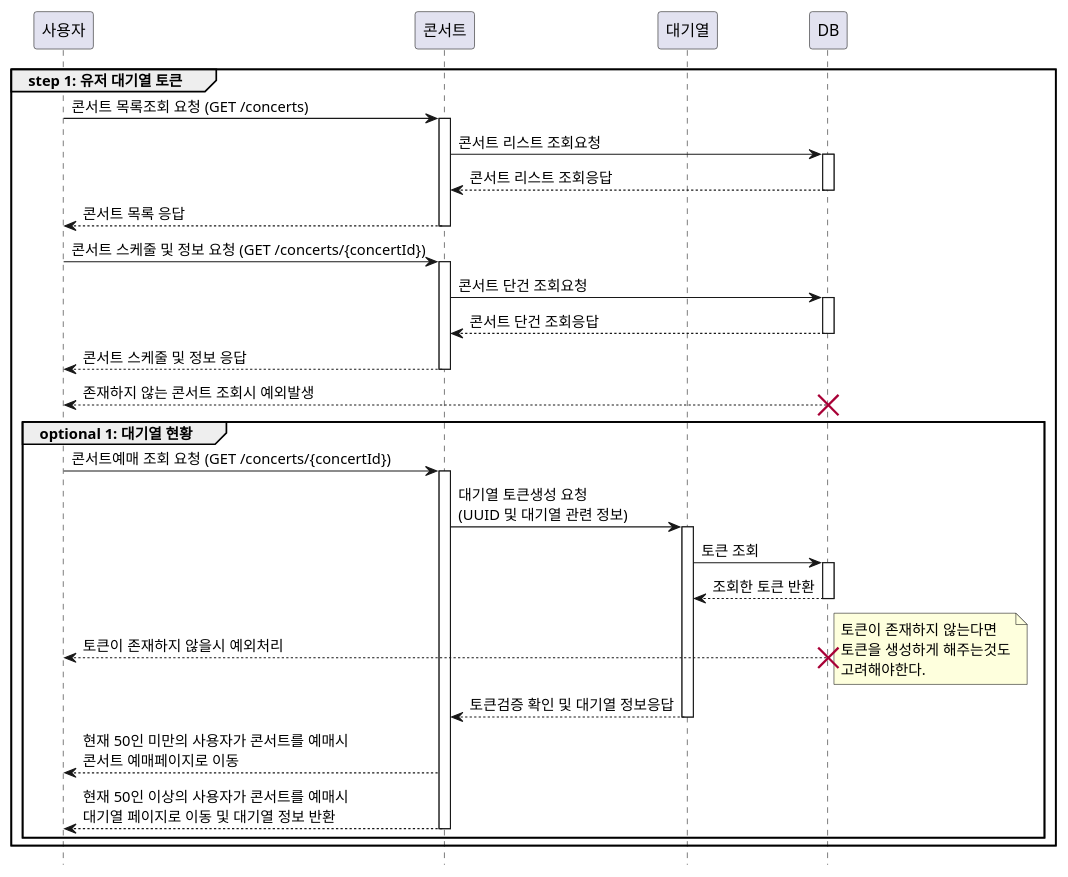
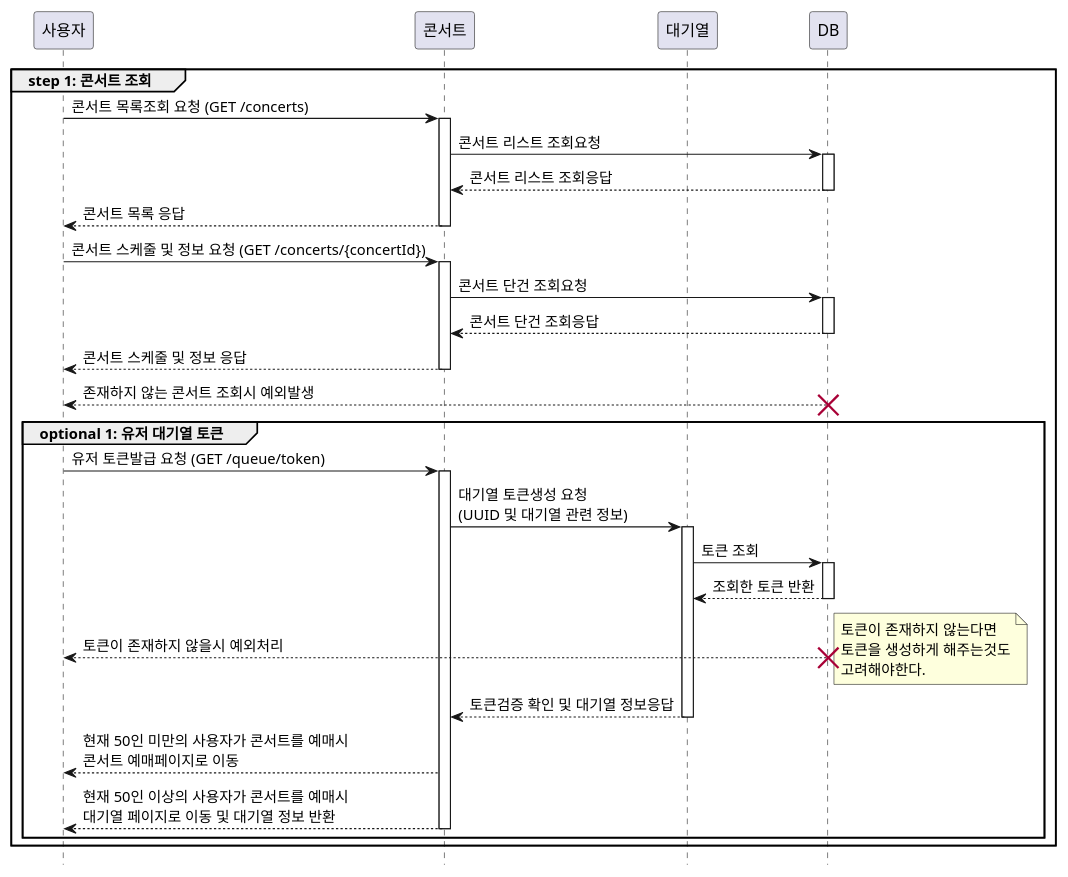
One commit to futuremaker-projects/ticket-reservation-system changed the diagram in src/main/resources/uml/concert.puml. Above: the diagram before and after it, drawn with PlantUML. The commit also changed 1 other file, not shown here.

Commit message:
시퀀스 다이어그램 수정

```diff
--- a/src/main/resources/uml/concert.puml
+++ b/src/main/resources/uml/concert.puml
@@ -1,63 +1,63 @@
 @startuml
 
 hide footbox
 
 participant "사용자" as 사용자
 participant "콘서트" as 콘서트
 participant "대기열" as 대기열
 participant "DB" as DB
 
-group step 1: 유저 대기열 토큰
+group step 1: 콘서트 조회
 
     '콘서트 목록 조회
     사용자 -> 콘서트 : 콘서트 목록조회 요청 (GET /concerts)
     activate 콘서트
     콘서트 -> DB : 콘서트 리스트 조회요청
     activate DB
     DB --> 콘서트 : 콘서트 리스트 조회응답
     deactivate DB
     콘서트 --> 사용자 : 콘서트 목록 응답
     deactivate 콘서트
 
     '콘서트 단일 조회
     사용자 -> 콘서트 : 콘서트 스케줄 및 정보 요청 (GET /concerts/{concertId})
     activate 콘서트
     콘서트 -> DB : 콘서트 단건 조회요청
     activate DB
     DB --> 콘서트 : 콘서트 단건 조회응답
     deactivate DB
     콘서트 --> 사용자 : 콘서트 스케줄 및 정보 응답
     deactivate 콘서트
     DB --> 사용자 : 존재하지 않는 콘서트 조회시 예외발생
     destroy DB
 
     '대기열 조회
-    group optional 1: 대기열 현황
+    group optional 1: 유저 대기열 토큰
 
-    사용자 -> 콘서트 : 콘서트예매 조회 요청 (GET /concerts/{concertId})
+    사용자 -> 콘서트 : 유저 토큰발급 요청 (GET /queue/token)
     activate 콘서트
     콘서트 -> 대기열 : 대기열 토큰생성 요청 \n(UUID 및 대기열 관련 정보)
     activate 대기열
     대기열 -> DB : 토큰 조회
     activate DB
     DB --> 대기열 : 조회한 토큰 반환
     deactivate DB
 
     DB --> 사용자 : 토큰이 존재하지 않을시 예외처리
     destroy DB
     note right
         토큰이 존재하지 않는다면
         토큰을 생성하게 해주는것도
         고려해야한다.
     end note
 
     대기열 --> 콘서트 : 토큰검증 확인 및 대기열 정보응답
     deactivate 대기열
     콘서트 --> 사용자 : 현재 50인 미만의 사용자가 콘서트를 예매시 \n콘서트 예매페이지로 이동
 
     콘서트 --> 사용자 : 현재 50인 이상의 사용자가 콘서트를 예매시 \n대기열 페이지로 이동 및 대기열 정보 반환
     deactivate 콘서트
     end
 end
 
 @enduml
```
